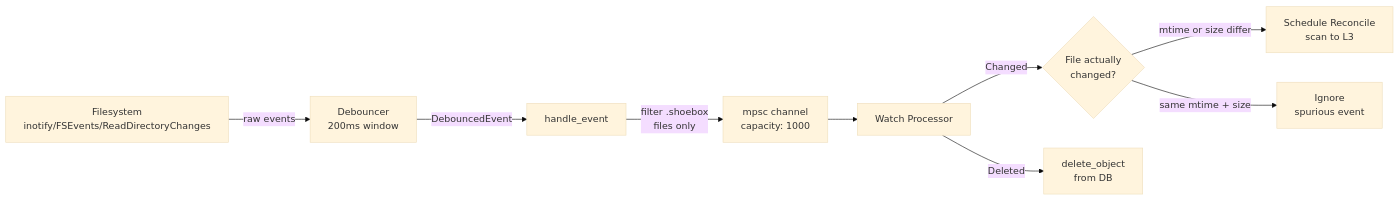
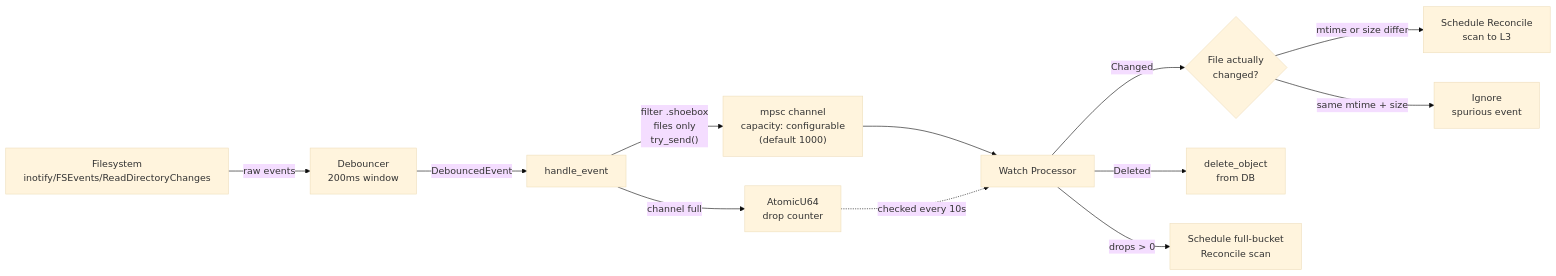
The seventh of 8 diagrams in docs/architecture/scanner.md (deepjoy/shoebox), drawn with Mermaid (base theme) before and after one commit. The commit also changed other lines of this file and 24 other files, not shown here.

````diff
--- a/docs/architecture/scanner.md
+++ b/docs/architecture/scanner.md
@@ -176,13 +210,16 @@
 ```mermaid
 graph LR
     FS["Filesystem<br>inotify/FSEvents/ReadDirectoryChanges"] -->|raw events| DEBOUNCE[Debouncer<br>200ms window]
     DEBOUNCE -->|DebouncedEvent| HANDLER[handle_event]
-    HANDLER -->|filter .shoebox<br>files only| CHAN[mpsc channel<br>capacity: 1000]
+    HANDLER -->|"filter .shoebox<br>files only<br>try_send()"| CHAN["mpsc channel<br>capacity: configurable<br>(default 1000)"]
+    HANDLER -->|"channel full"| DROPS["AtomicU64<br>drop counter"]
     CHAN --> WATCHPROC[Watch Processor]
+    DROPS -.->|"checked every 10s"| WATCHPROC
 
     WATCHPROC -->|Changed| CHECK{File actually<br>changed?}
     CHECK -->|mtime or size differ| SCHEDULE[Schedule Reconcile<br>scan to L3]
     CHECK -->|same mtime + size| IGNORE[Ignore<br>spurious event]
 
     WATCHPROC -->|Deleted| DELETE[delete_object<br>from DB]
+    WATCHPROC -->|"drops > 0"| RECONCILE[Schedule full-bucket<br>Reconcile scan]
 ```
````
